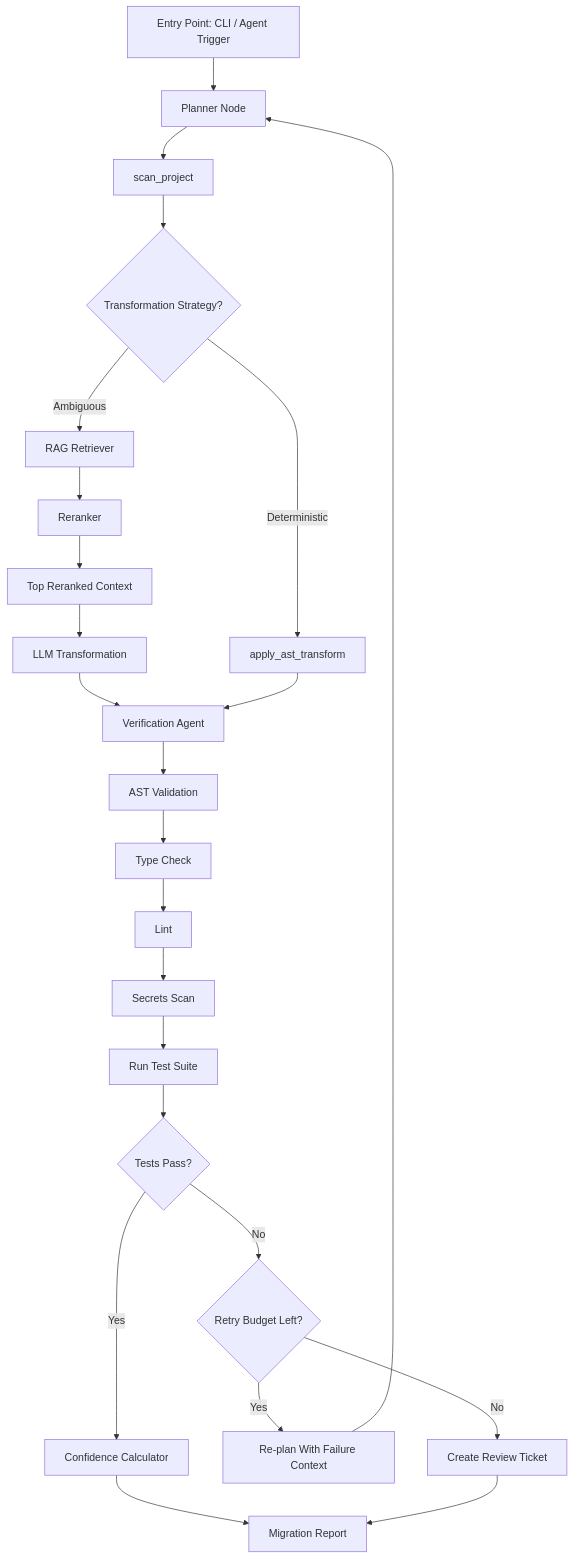
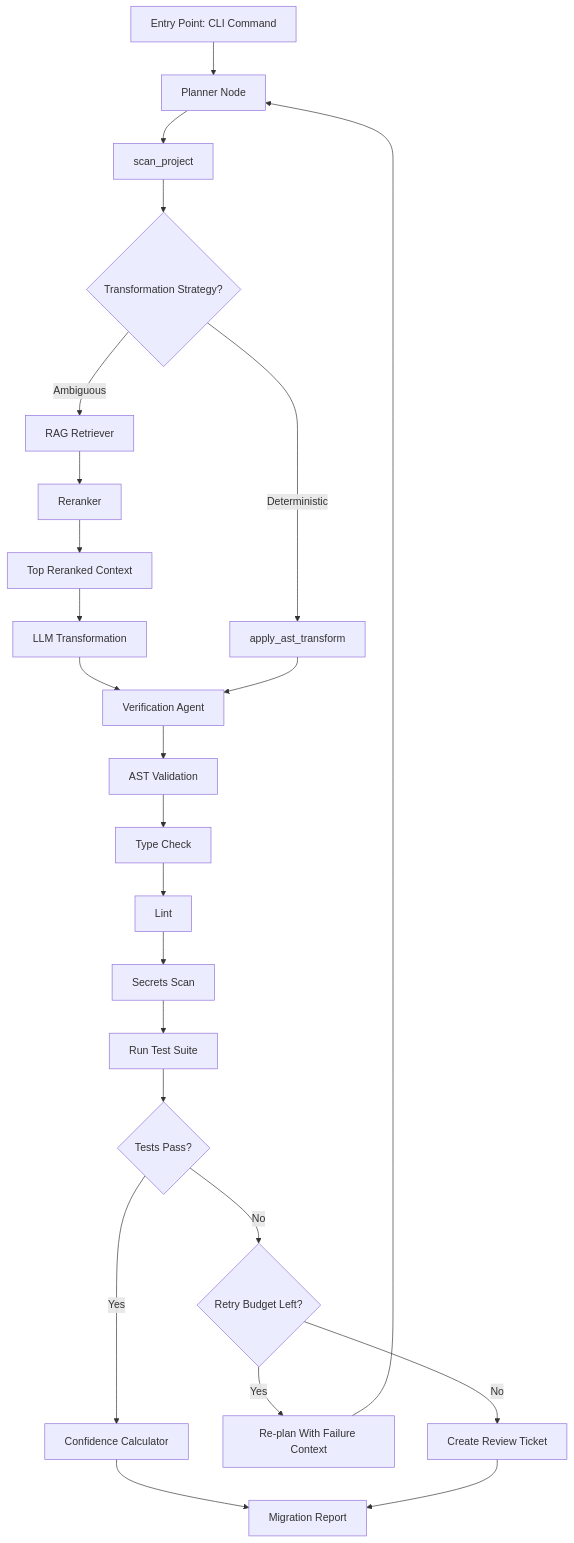
Before and after one commit to Mihir205/Reforge: the diagram in README.md, drawn with Mermaid. The commit also changed other lines of this file and 12 other files, not shown here.

````diff
--- a/README.md
+++ b/README.md
@@ -71,26 +127,26 @@
 ```mermaid
 flowchart TD
-    A[Entry Point: CLI / Agent Trigger] --> B[Planner Node]
+    A[Entry Point: CLI Command] --> B[Planner Node]
     B --> C[scan_project]
     C --> D{Transformation Strategy?}
     D -->|Deterministic| E[apply_ast_transform]
     D -->|Ambiguous| F[RAG Retriever]
     F --> F2[Reranker]
     F2 --> G[Top Reranked Context]
     G --> H[LLM Transformation]
     H --> I[Verification Agent]
     E --> I
     I --> J[AST Validation]
     J --> K[Type Check]
     K --> L[Lint]
     L --> S1[Secrets Scan]
     S1 --> M[Run Test Suite]
     M --> N{Tests Pass?}
     N -->|Yes| O[Confidence Calculator]
     O --> P[Migration Report]
     N -->|No| Q{Retry Budget Left?}
     Q -->|Yes| R[Re-plan With Failure Context]
     R --> B
     Q -->|No| Tk[Create Review Ticket]
     Tk --> P
 ```
````
